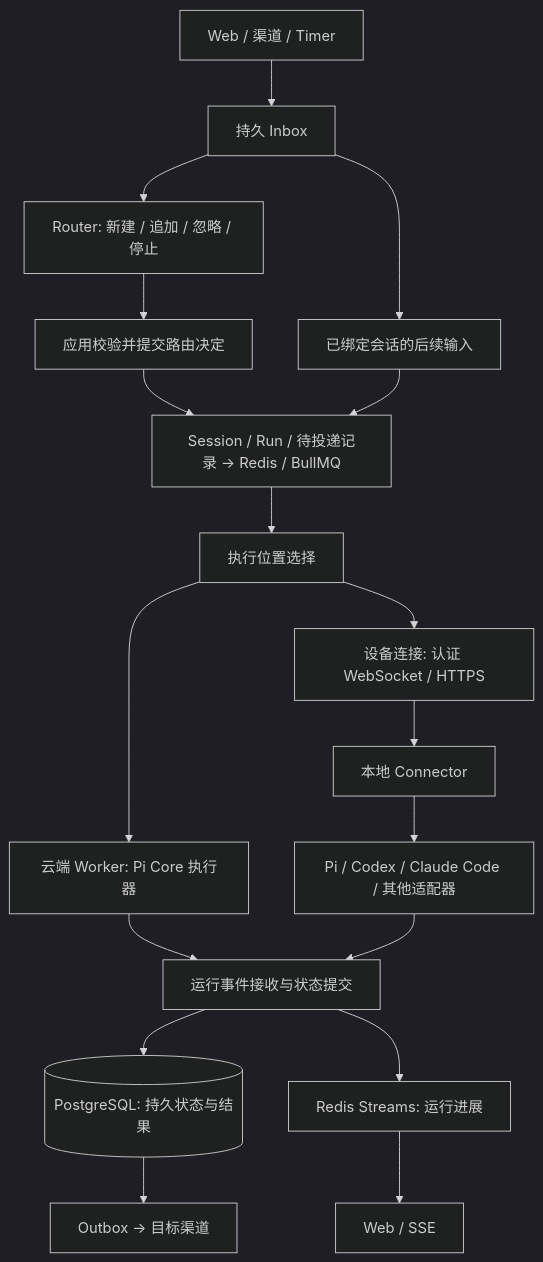
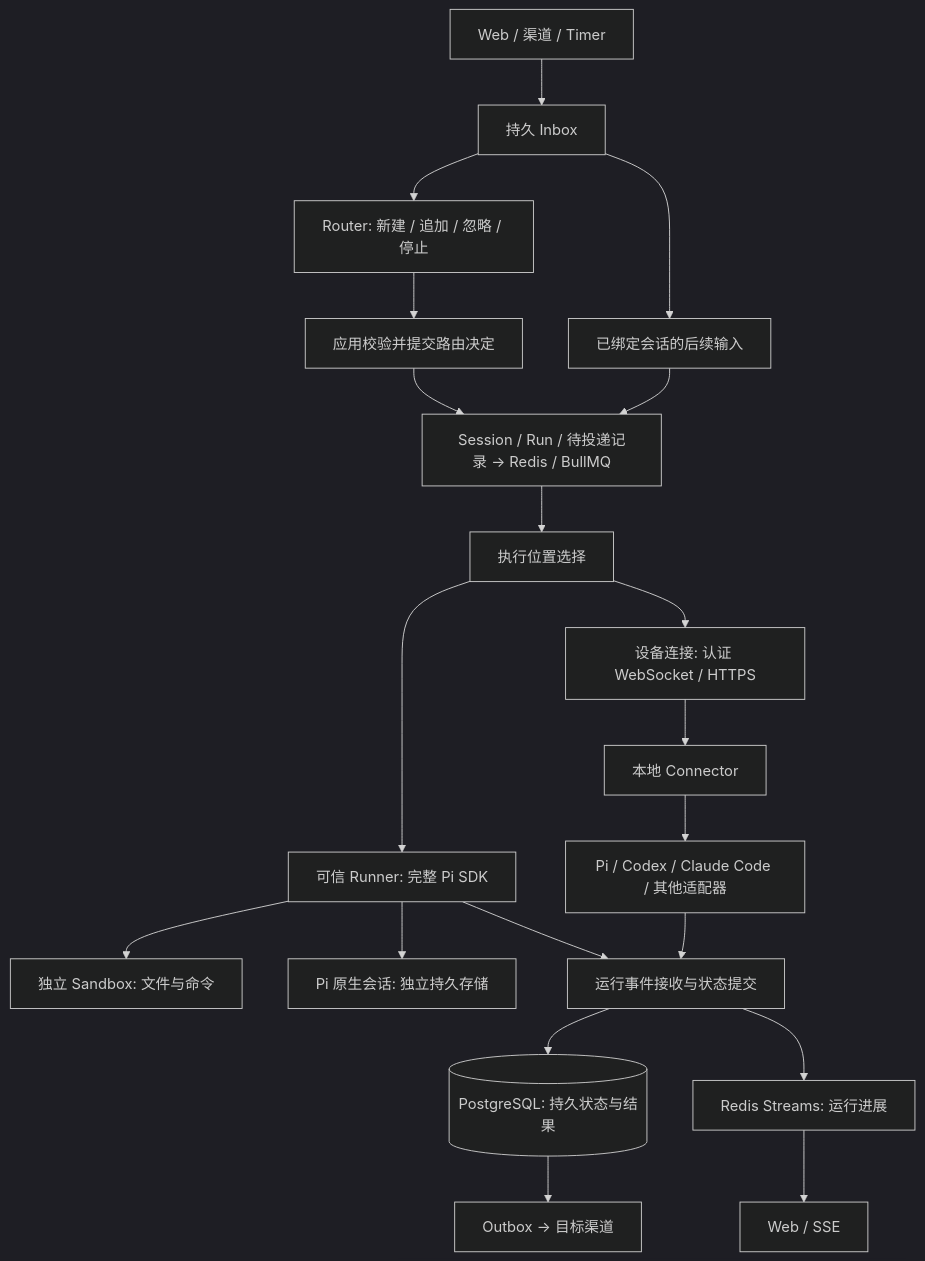
The diagram in docs/adr/0002-agent-execution-and-local-connector.md (zihanyang-dev/always-on), drawn with Mermaid (dark theme) before and after one commit. The commit also changed other lines of this file and 92 other files, not shown here.

````diff
--- a/docs/adr/0002-agent-execution-and-local-connector.md
+++ b/docs/adr/0002-agent-execution-and-local-connector.md
@@ -27,20 +27,22 @@
 ```mermaid
 flowchart TD
     Sources[Web / 渠道 / Timer] --> Inbox[持久 Inbox]
     Inbox --> Router[Router: 新建 / 追加 / 忽略 / 停止]
     Inbox --> Bound[已绑定会话的后续输入]
     Router --> Commit[应用校验并提交路由决定]
     Commit --> Dispatch[Session / Run / 待投递记录 → Redis / BullMQ]
     Bound --> Dispatch
     Dispatch --> Route[执行位置选择]
-    Route --> Cloud[云端 Worker: Pi Core 执行器]
+    Route --> Cloud[可信 Runner: 完整 Pi SDK]
+    Cloud --> Sandbox[独立 Sandbox: 文件与命令]
+    Cloud --> History[Pi 原生会话: 独立持久存储]
     Route --> Gateway[设备连接: 认证 WebSocket / HTTPS]
     Gateway --> Connector[本地 Connector]
     Connector --> Engines[Pi / Codex / Claude Code / 其他适配器]
     Cloud --> Ingest[运行事件接收与状态提交]
     Engines --> Ingest
     Ingest --> PG[(PostgreSQL: 持久状态与结果)]
     Ingest --> Stream[Redis Streams: 运行进展]
     Stream --> View[Web / SSE]
     PG --> Outbox[Outbox → 目标渠道]
 ```
````
